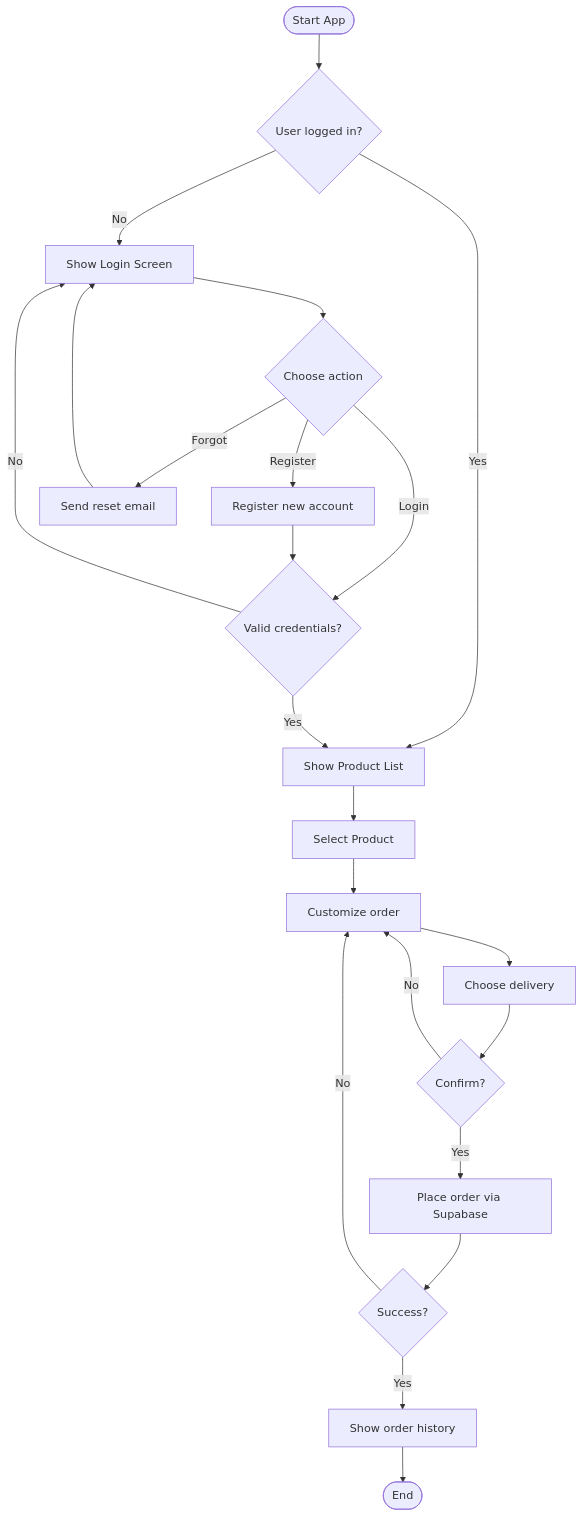
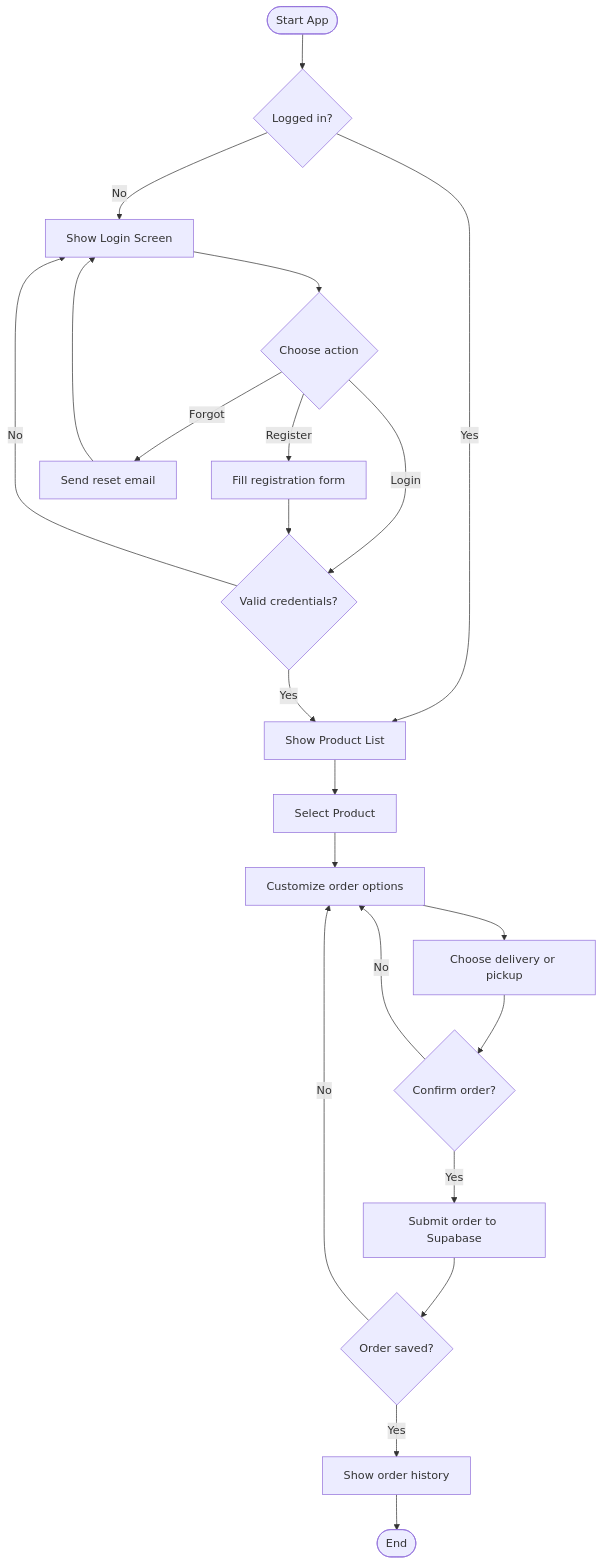
One commit to Fathima-Asna/ICBT-MAD-Assignment changed the tenth of 13 diagrams in README.md. Above: the diagram before and after it, drawn with Mermaid. The commit also changed other lines of this file, not shown here.

Commit message:
docs: update comprehensive README with user manual, UML diagrams and technical docs

````diff
--- a/README.md
+++ b/README.md
@@ -344,28 +744,27 @@
 ```mermaid
 flowchart TD
-    Start([Start App]) --> CheckAuth{User logged in?}
+    Start([Start App]) --> CheckAuth{Logged in?}
+    CheckAuth -- Yes --> ProductList[Show Product List]
     CheckAuth -- No --> Login[Show Login Screen]
-    CheckAuth -- Yes --> Home[Show Product List]
 
-    Login --> Action{Choose action}
-    Action -- Register --> Register[Register new account]
-    Action -- Login --> Validate{Valid credentials?}
-    Action -- Forgot --> Reset[Send reset email]
+    Login --> Choice{Choose action}
+    Choice -- Register --> Register[Fill registration form]
+    Choice -- Login --> Validate{Valid credentials?}
+    Choice -- Forgot --> Reset[Send reset email]
 
     Register --> Validate
     Reset --> Login
+    Validate -- No --> Login
+    Validate -- Yes --> ProductList
 
-    Validate -- No --> Login
-    Validate -- Yes --> Home
-
-    Home --> SelectProduct[Select Product]
-    SelectProduct --> Customize[Customize order]
-    Customize --> Delivery[Choose delivery]
-    Delivery --> Confirm{Confirm?}
+    ProductList --> SelectProduct[Select Product]
+    SelectProduct --> Customize[Customize order options]
+    Customize --> Delivery[Choose delivery or pickup]
+    Delivery --> Confirm{Confirm order?}
     Confirm -- No --> Customize
-    Confirm -- Yes --> PlaceOrder[Place order via Supabase]
-    PlaceOrder --> Success{Success?}
+    Confirm -- Yes --> PlaceOrder[Submit order to Supabase]
+    PlaceOrder --> Success{Order saved?}
     Success -- No --> Customize
     Success -- Yes --> History[Show order history]
     History --> End([End])
 ```
````
